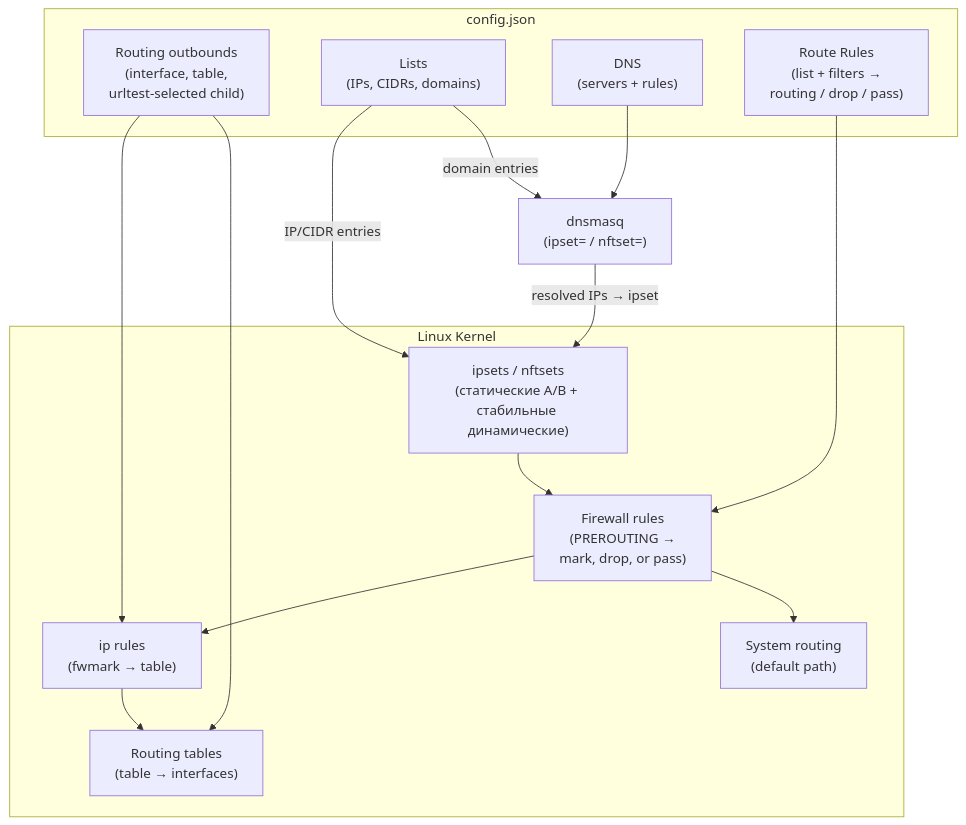
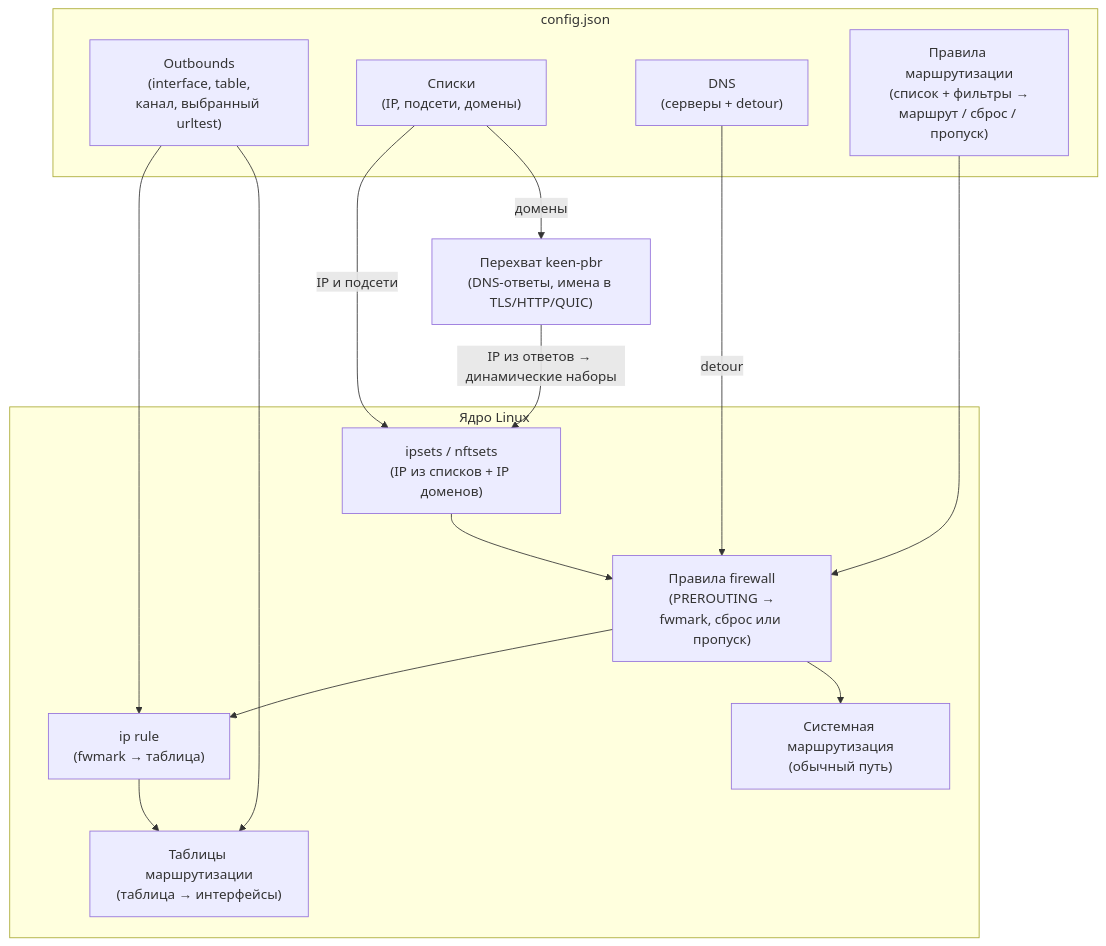
One commit to maksimkurb/keen-pbr changed the first of 3 diagrams in ru/docs/concepts.md. Above: the diagram before and after it, drawn with Mermaid. The commit also changed other lines of this file and 115 other files, not shown here.

````diff
--- a/ru/docs/concepts.md
+++ b/ru/docs/concepts.md
@@ -80,31 +88,31 @@
 ```mermaid
 flowchart TD
     subgraph Config["config.json"]
-        RoutingOutbounds["Routing outbounds\n(interface, table,\nurltest-selected child)"]
-        Lists["Lists\n(IPs, CIDRs, domains)"]
-        DNS["DNS\n(servers + rules)"]
-        RouteRules["Route Rules\n(list + filters →\nrouting / drop / pass)"]
+        RoutingOutbounds["Outbounds\n(interface, table,\nканал, выбранный urltest)"]
+        Lists["Списки\n(IP, подсети, домены)"]
+        DNS["DNS\n(серверы + detour)"]
+        RouteRules["Правила маршрутизации\n(список + фильтры →\nмаршрут / сброс / пропуск)"]
     end
 
-    subgraph Kernel["Linux Kernel"]
-        Ipsets["ipsets / nftsets\n(статические A/B + стабильные динамические)"]
-        FwmarkRules["Firewall rules\n(PREROUTING →\nmark, drop, or pass)"]
-        IpRules["ip rules\n(fwmark → table)"]
-        RoutingTables["Routing tables\n(table → interfaces)"]
-        SystemRouting["System routing\n(default path)"]
+    subgraph Kernel["Ядро Linux"]
+        Ipsets["ipsets / nftsets\n(IP из списков + IP доменов)"]
+        FwmarkRules["Правила firewall\n(PREROUTING →\nfwmark, сброс или пропуск)"]
+        IpRules["ip rule\n(fwmark → таблица)"]
+        RoutingTables["Таблицы маршрутизации\n(таблица → интерфейсы)"]
+        SystemRouting["Системная маршрутизация\n(обычный путь)"]
     end
 
-    Dnsmasq["dnsmasq\n(ipset= / nftset=)"]
+    Interceptor["Перехват keen-pbr\n(DNS-ответы, имена в TLS/HTTP/QUIC)"]
 
-    Lists -->|"IP/CIDR entries"| Ipsets
-    Lists -->|"domain entries"| Dnsmasq
-    DNS --> Dnsmasq
+    Lists -->|"IP и подсети"| Ipsets
+    Lists -->|"домены"| Interceptor
+    DNS -->|"detour"| FwmarkRules
     Ipsets --> FwmarkRules
     RouteRules --> FwmarkRules
     RoutingOutbounds --> IpRules
     RoutingOutbounds --> RoutingTables
     FwmarkRules --> IpRules
     FwmarkRules --> SystemRouting
     IpRules --> RoutingTables
-    Dnsmasq -->|"resolved IPs → ipset"| Ipsets
+    Interceptor -->|"IP из ответов → динамические наборы"| Ipsets
 ```
````
